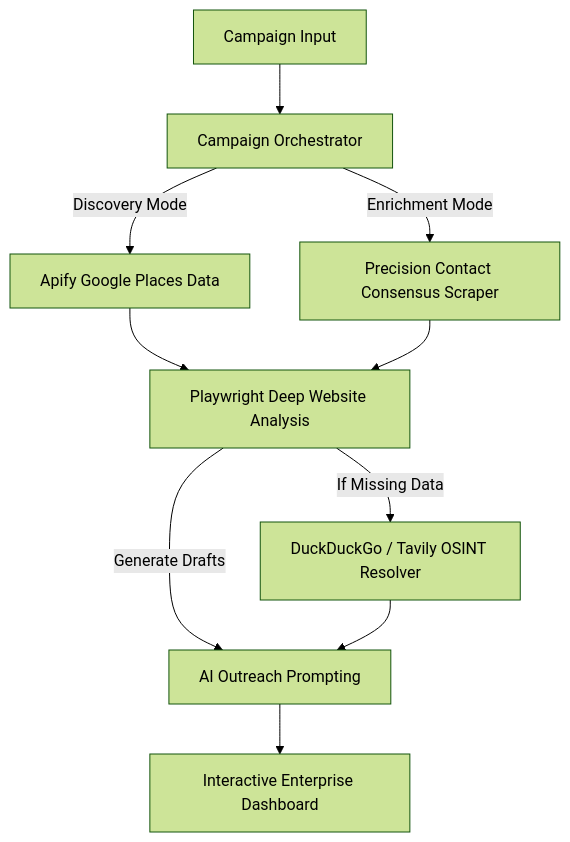
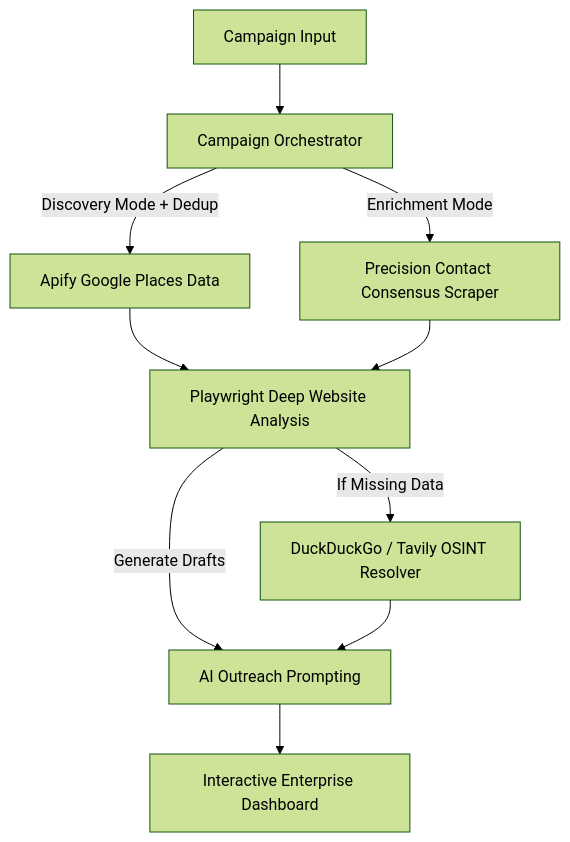
The diagram in README.md (muhamedamil/Outreach-Intelligence-System), drawn with Mermaid (forest theme) before and after one commit. The commit also changed other lines of this file, not shown here.

Commit message:
docs: finalize README with production intelligence and dedup features

````diff
--- a/README.md
+++ b/README.md
@@ -11,16 +11,16 @@
 ```mermaid
 graph TD
     A[Campaign Input] --> B[Campaign Orchestrator]
     
-    B -->|Discovery Mode| C[Apify Google Places Data]
+    B -->|Discovery Mode + Dedup| C[Apify Google Places Data]
     B -->|Enrichment Mode| D[Precision Contact Consensus Scraper]
     
     C --> E[Playwright Deep Website Analysis]
     D --> E
     
-    E -->|If Missing Data| F[ DuckDuckGo / Tavily OSINT Resolver]
+    E -->|If Missing Data| F[DuckDuckGo / Tavily OSINT Resolver]
     E -->|Generate Drafts| G[AI Outreach Prompting]
     
     F --> G
     G --> H[Interactive Enterprise Dashboard]
 ```
````
